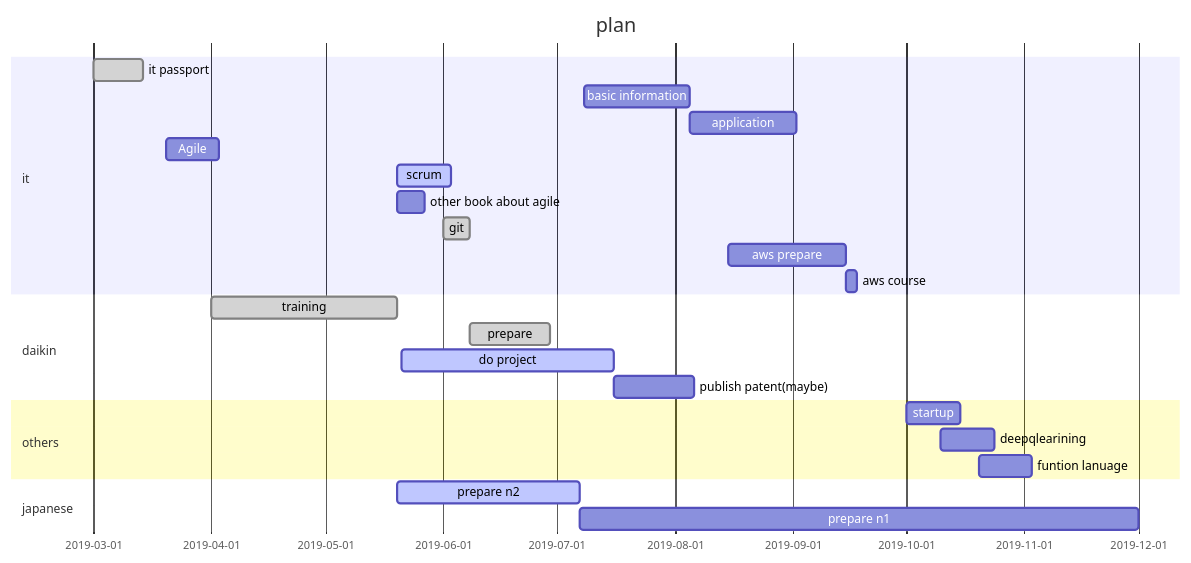
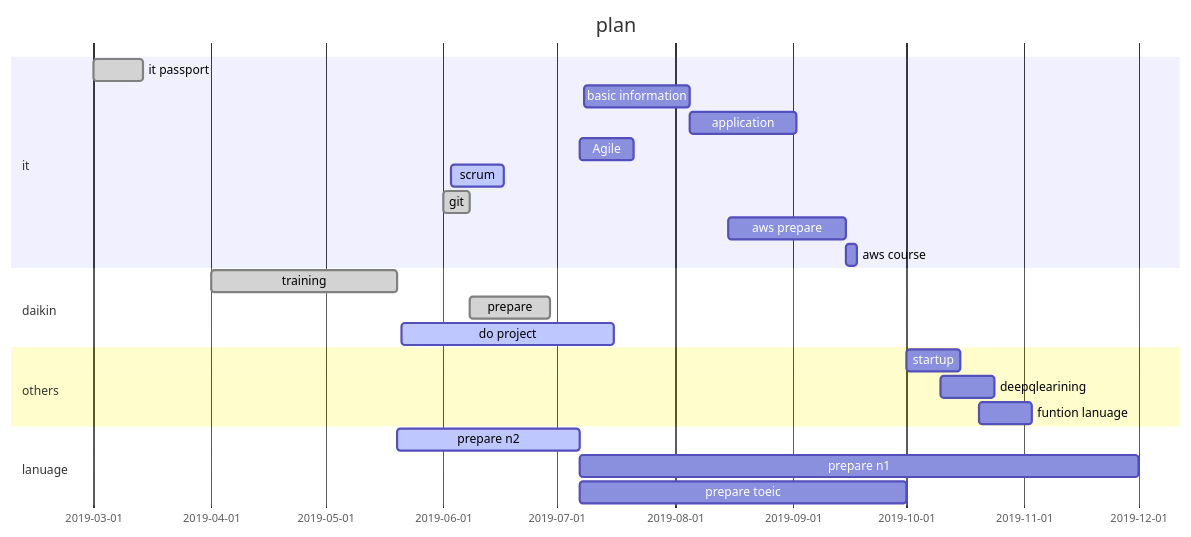
The diagram in schedule.md (dragonjor/date), drawn with Mermaid before and after one commit.

````diff
--- a/schedule.md
+++ b/schedule.md
@@ -1,32 +1,31 @@
 ```mermaid
 gantt
        dateFormat  MM-DD
        title plan
 
        section it
        it passport           :done,    des1,    03-01,03-14
        basic information     :         des2,     07-08, 4w
        application           :         des3,after des2, 4w
-       Agile                 :         des5,     03-20, 2w
-       scrum                 :active,  des6,after des4, 2w
-       other book about agile:        des18,after des4, 1w
+       Agile                 :         des5,     07-07, 2w
+       scrum                 :active,  des6,     06-03, 2w
        git                   :done,   des20,     06-01, 1w
        aws  prepare          :         des8,   08-15, 09-15
        aws course            :         des9,     09-15, 3d
 
        section daikin
        training              :done,      des4, 04-01,05-20
        prepare               :done,   des10,after des20, 3w
        do project            :active,   des11, 05-21,    8w
-       publish patent(maybe) :          des12,after des11,3w
 
        section others
        startup               :          des15,10-01,    2w
 	     deepqlearining        :                10-10,    2w
 	     funtion lanuage       :                10-20,    2w
 
 
-       section japanese
+       section lanuage
        prepare n2            :active,  des7,after des4,07-07
        prepare n1            :              after des7,12-01
+       prepare toeic         :              after des7,10-01
 ```
````
